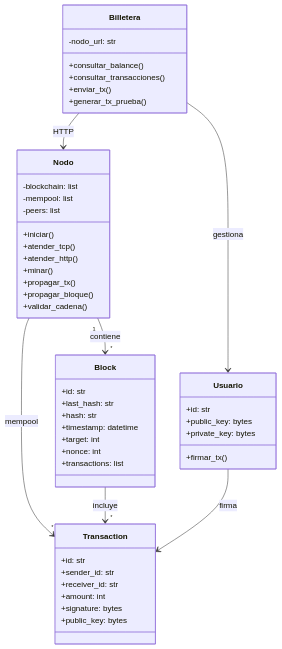
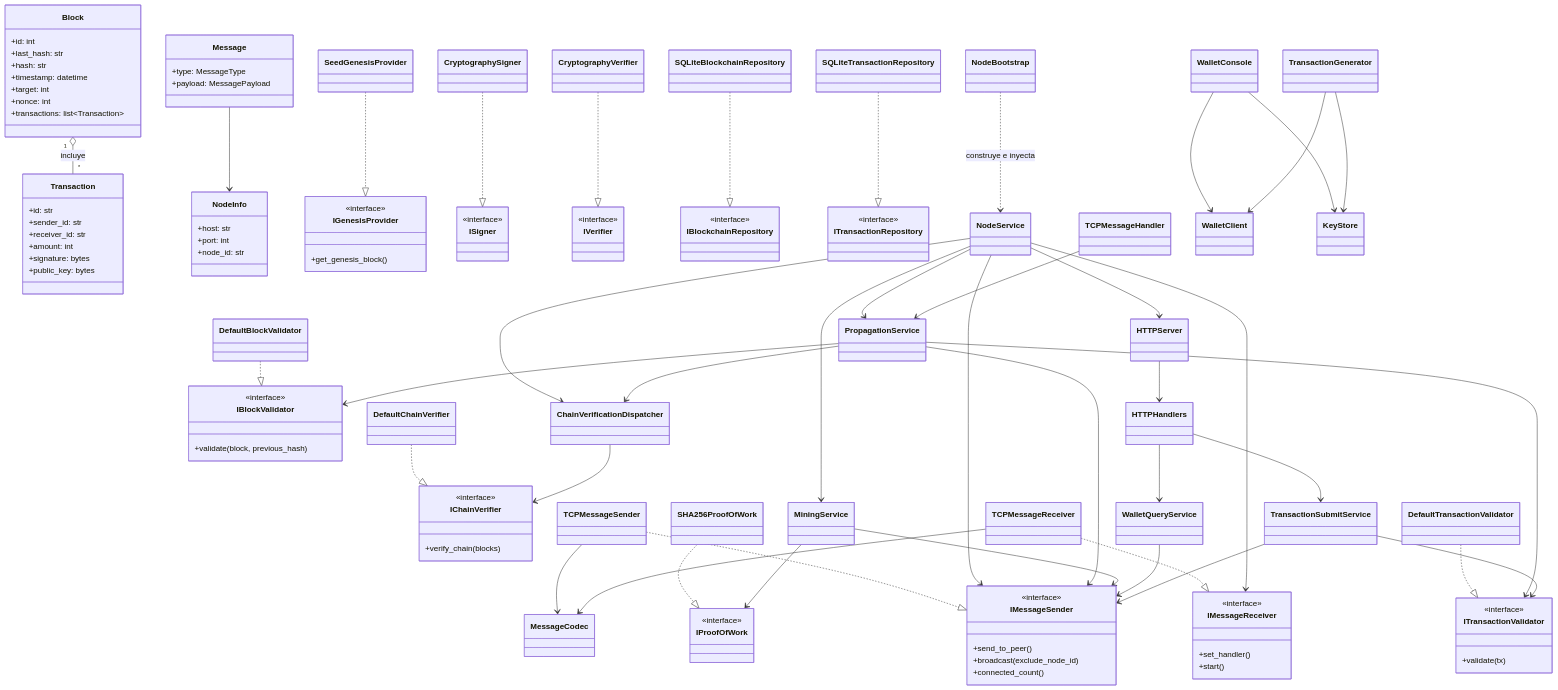
One commit to Ignacio687/final_computacion_II changed the diagram in diagramas/clase/clase.mmd. Above: the diagram before and after it, drawn with Mermaid. The commit also changed 61 other files, not shown here.

```diff
--- a/diagramas/clase/clase.mmd
+++ b/diagramas/clase/clase.mmd
@@ -1,49 +1,148 @@
 classDiagram
-  class Nodo {
-    -blockchain: list
-    -mempool: list
-    -peers: list
-    +iniciar()
-    +atender_tcp()
-    +atender_http()
-    +minar()
-    +propagar_tx()
-    +propagar_bloque()
-    +validar_cadena()
-  }
-  class Billetera {
-    -nodo_url: str
-    +consultar_balance()
-    +consultar_transacciones()
-    +enviar_tx()
-    +generar_tx_prueba()
-  }
+  %% ===== Dominio =====
   class Block {
-    +id: str
+    +id: int
     +last_hash: str
     +hash: str
     +timestamp: datetime
     +target: int
     +nonce: int
-    +transactions: list
+    +transactions: list~Transaction~
   }
   class Transaction {
     +id: str
     +sender_id: str
     +receiver_id: str
     +amount: int
     +signature: bytes
     +public_key: bytes
   }
-  class Usuario {
-    +id: str
-    +public_key: bytes
-    +private_key: bytes
-    +firmar_tx()
+  class Message {
+    +type: MessageType
+    +payload: MessagePayload
   }
-  Nodo "1" --> "*" Block : contiene
-  Nodo --> "*" Transaction : mempool
-  Block --> "*" Transaction : incluye
-  Billetera --> Nodo : HTTP
-  Billetera --> Usuario : gestiona
-  Usuario --> Transaction : firma
+  class NodeInfo {
+    +host: str
+    +port: int
+    +node_id: str
+  }
+  Block "1" o-- "*" Transaction : incluye
+  Message --> NodeInfo
+
+  %% ===== Interfaces (application) =====
+  class IMessageSender {
+    <<interface>>
+    +send_to_peer()
+    +broadcast(exclude_node_id)
+    +connected_count()
+  }
+  class IMessageReceiver {
+    <<interface>>
+    +set_handler()
+    +start()
+  }
+  class IBlockValidator {
+    <<interface>>
+    +validate(block, previous_hash)
+  }
+  class IChainVerifier {
+    <<interface>>
+    +verify_chain(blocks)
+  }
+  class ITransactionValidator {
+    <<interface>>
+    +validate(tx)
+  }
+  class IProofOfWork {
+    <<interface>>
+  }
+  class IGenesisProvider {
+    <<interface>>
+    +get_genesis_block()
+  }
+  class ISigner {
+    <<interface>>
+  }
+  class IVerifier {
+    <<interface>>
+  }
+  class IBlockchainRepository {
+    <<interface>>
+  }
+  class ITransactionRepository {
+    <<interface>>
+  }
+
+  %% ===== Infraestructura (adaptadores) =====
+  class TCPMessageSender
+  class TCPMessageReceiver
+  class MessageCodec
+  class DefaultBlockValidator
+  class DefaultChainVerifier
+  class DefaultTransactionValidator
+  class ChainVerificationDispatcher
+  class SHA256ProofOfWork
+  class SeedGenesisProvider
+  class CryptographySigner
+  class CryptographyVerifier
+  class SQLiteBlockchainRepository
+  class SQLiteTransactionRepository
+  class HTTPServer
+
+  TCPMessageSender ..|> IMessageSender
+  TCPMessageReceiver ..|> IMessageReceiver
+  DefaultBlockValidator ..|> IBlockValidator
+  DefaultChainVerifier ..|> IChainVerifier
+  DefaultTransactionValidator ..|> ITransactionValidator
+  SHA256ProofOfWork ..|> IProofOfWork
+  SeedGenesisProvider ..|> IGenesisProvider
+  CryptographySigner ..|> ISigner
+  CryptographyVerifier ..|> IVerifier
+  SQLiteBlockchainRepository ..|> IBlockchainRepository
+  SQLiteTransactionRepository ..|> ITransactionRepository
+  TCPMessageSender --> MessageCodec
+  TCPMessageReceiver --> MessageCodec
+  ChainVerificationDispatcher --> IChainVerifier
+
+  %% ===== Servicios =====
+  class NodeService
+  class PropagationService
+  class MiningService
+  class WalletQueryService
+  class TransactionSubmitService
+
+  NodeService --> IMessageSender
+  NodeService --> IMessageReceiver
+  NodeService --> HTTPServer
+  NodeService --> PropagationService
+  NodeService --> MiningService
+  NodeService --> ChainVerificationDispatcher
+  PropagationService --> IBlockValidator
+  PropagationService --> ITransactionValidator
+  PropagationService --> ChainVerificationDispatcher
+  PropagationService --> IMessageSender
+  MiningService --> IProofOfWork
+  MiningService --> IMessageSender
+  WalletQueryService --> IMessageSender
+  TransactionSubmitService --> ITransactionValidator
+  TransactionSubmitService --> IMessageSender
+
+  %% ===== Controllers / Bootstrap =====
+  class HTTPHandlers
+  class TCPMessageHandler
+  class NodeBootstrap
+  HTTPServer --> HTTPHandlers
+  HTTPHandlers --> WalletQueryService
+  HTTPHandlers --> TransactionSubmitService
+  TCPMessageHandler --> PropagationService
+  NodeBootstrap ..> NodeService : construye e inyecta
+
+  %% ===== Billetera =====
+  class WalletClient
+  class WalletConsole
+  class TransactionGenerator
+  class KeyStore
+  WalletConsole --> WalletClient
+  WalletConsole --> KeyStore
+  TransactionGenerator --> WalletClient
+  TransactionGenerator --> KeyStore
```
